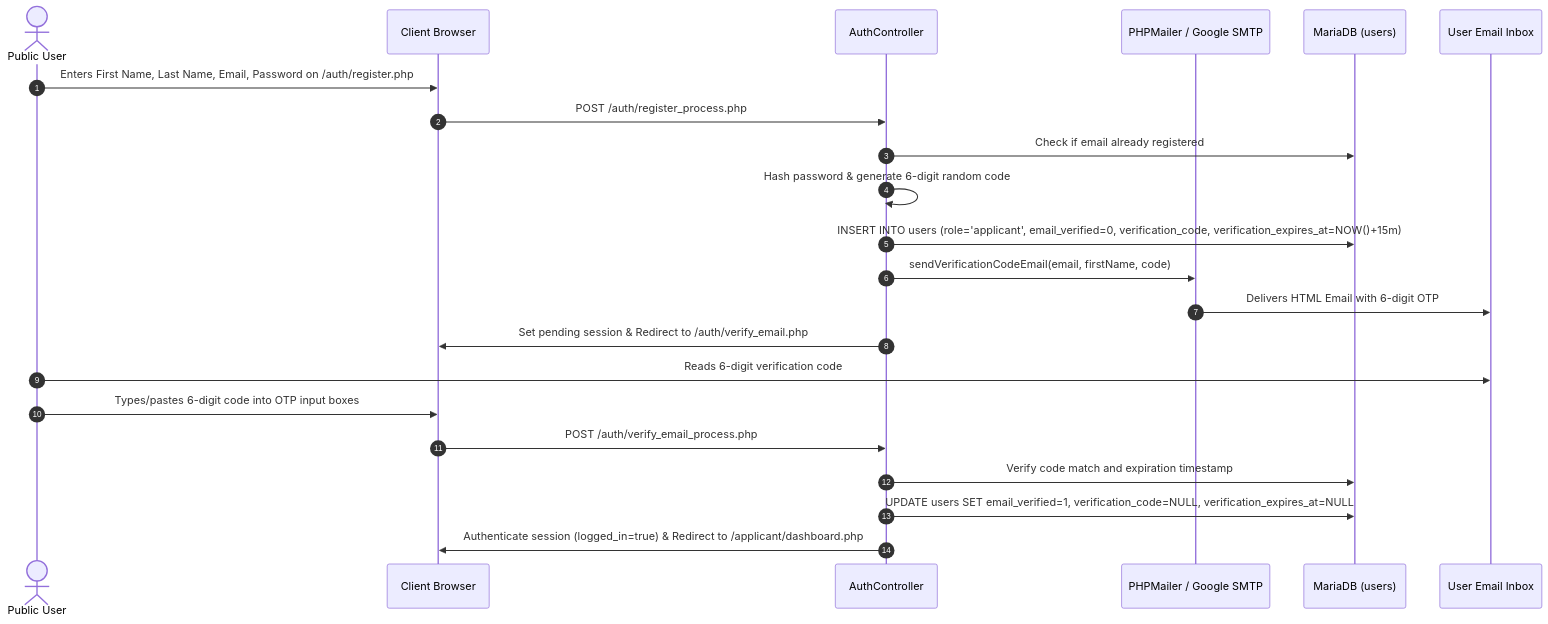
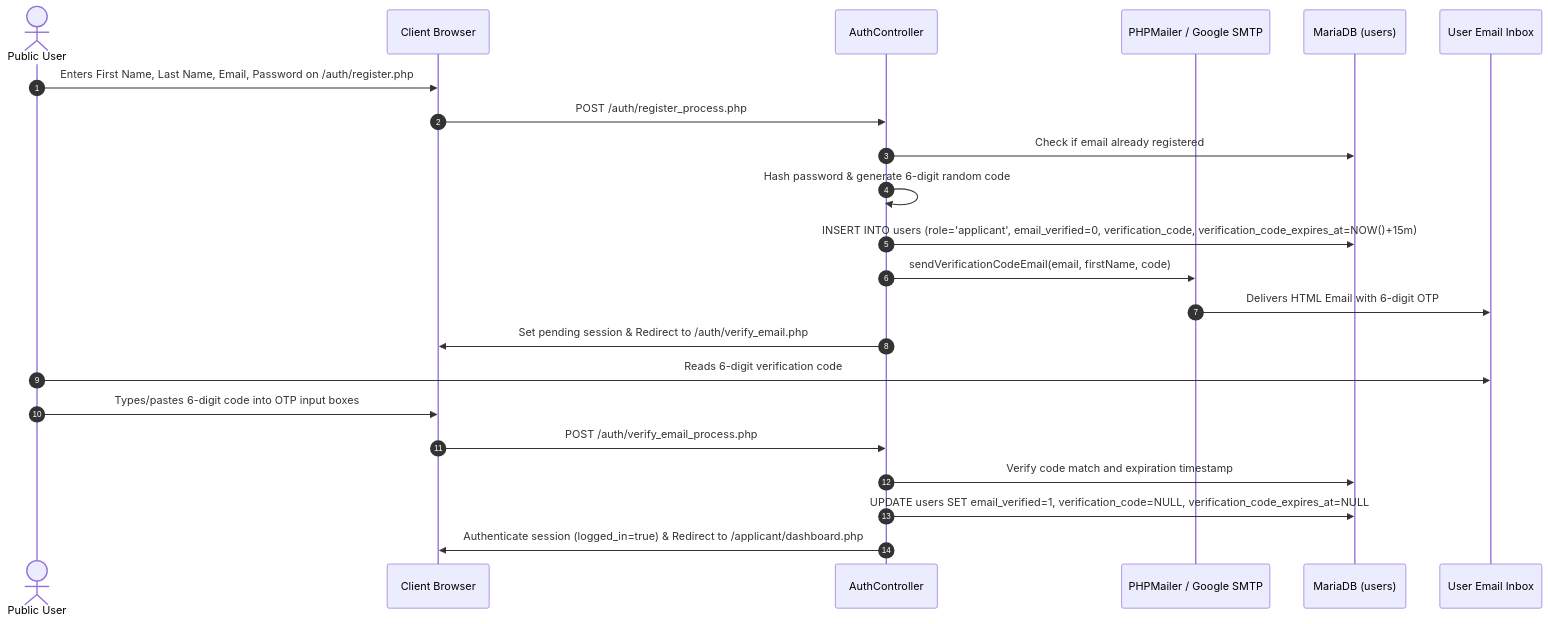
Before and after one commit to enujdanielle6-web/TTU_enrollment_system: the diagram in docs/obsidian/03 - Workflows/Applicant Registration Workflow.md, drawn with Mermaid. The commit also changed 12 other files, not shown here.

````diff
--- a/docs/obsidian/03 - Workflows/Applicant Registration Workflow.md
+++ b/docs/obsidian/03 - Workflows/Applicant Registration Workflow.md
@@ -9,25 +9,25 @@
 ```mermaid
 sequenceDiagram
     autonumber
     actor User as Public User
     participant Browser as Client Browser
     participant Auth as AuthController
     participant Mailer as PHPMailer / Google SMTP
     participant DB as MariaDB (users)
     participant Inbox as User Email Inbox
 
     User->>Browser: Enters First Name, Last Name, Email, Password on /auth/register.php
     Browser->>Auth: POST /auth/register_process.php
     Auth->>DB: Check if email already registered
     Auth->>Auth: Hash password & generate 6-digit random code
-    Auth->>DB: INSERT INTO users (role='applicant', email_verified=0, verification_code, verification_expires_at=NOW()+15m)
+    Auth->>DB: INSERT INTO users (role='applicant', email_verified=0, verification_code, verification_code_expires_at=NOW()+15m)
     Auth->>Mailer: sendVerificationCodeEmail(email, firstName, code)
     Mailer->>Inbox: Delivers HTML Email with 6-digit OTP
     Auth->>Browser: Set pending session & Redirect to /auth/verify_email.php
     User->>Inbox: Reads 6-digit verification code
     User->>Browser: Types/pastes 6-digit code into OTP input boxes
     Browser->>Auth: POST /auth/verify_email_process.php
     Auth->>DB: Verify code match and expiration timestamp
-    Auth->>DB: UPDATE users SET email_verified=1, verification_code=NULL, verification_expires_at=NULL
+    Auth->>DB: UPDATE users SET email_verified=1, verification_code=NULL, verification_code_expires_at=NULL
     Auth->>Browser: Authenticate session (logged_in=true) & Redirect to /applicant/dashboard.php
 ```
````
